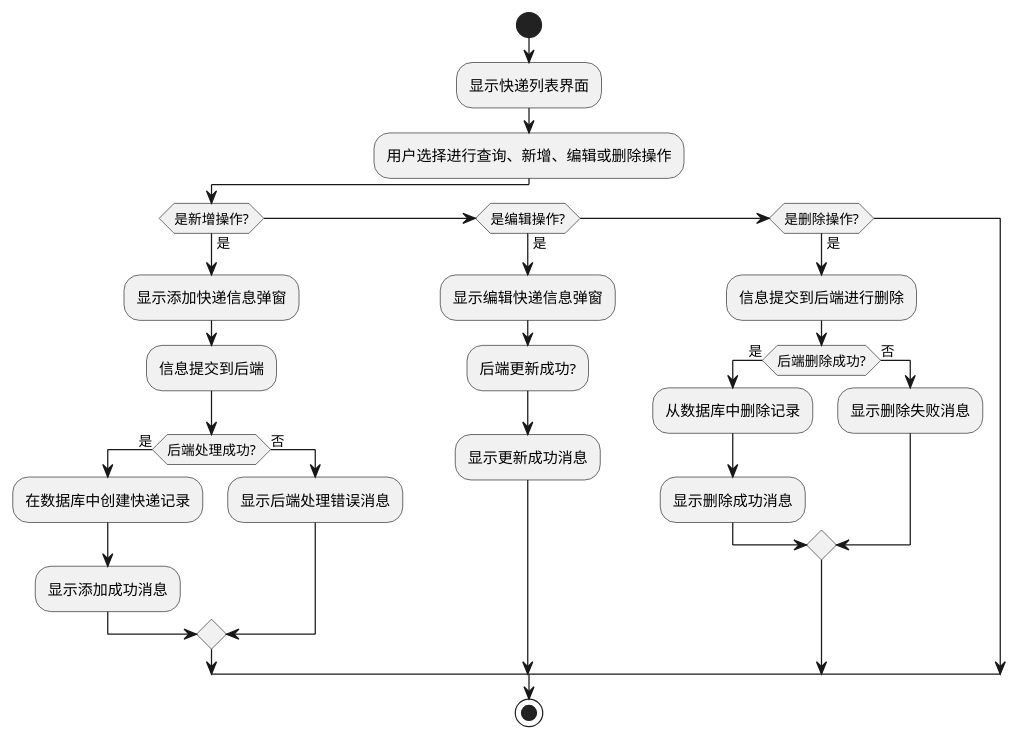
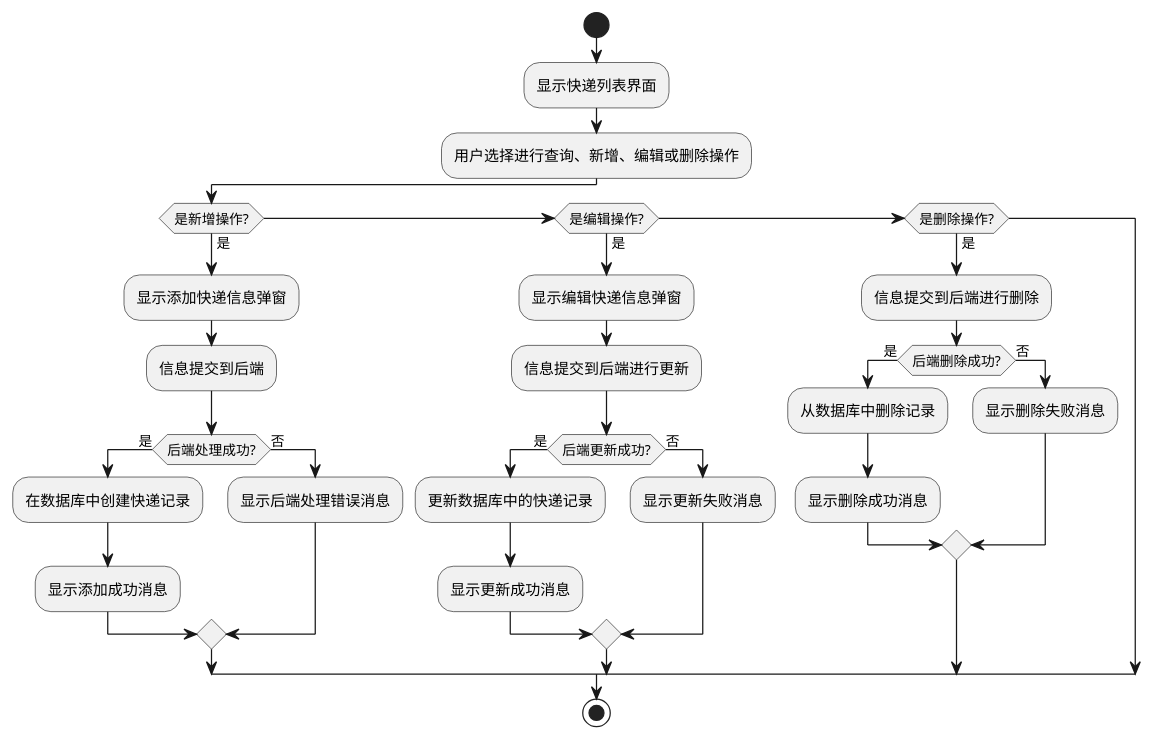
The diagram in 图/快递管理流程图.puml (liyijia220/kuaidi), drawn with PlantUML before and after one commit. The commit also changed 7 other files, not shown here.

```diff
--- a/图/快递管理流程图.puml
+++ b/图/快递管理流程图.puml
@@ -1,31 +1,35 @@
 @startuml
 start
 :显示快递列表界面;
-
 :用户选择进行查询、新增、编辑或删除操作;
 
 if (是新增操作?) then (是)
   :显示添加快递信息弹窗;
   :信息提交到后端;
   if (后端处理成功?) then (是)
     :在数据库中创建快递记录;
     :显示添加成功消息;
   else (否)
     :显示后端处理错误消息;
   endif
 else if (是编辑操作?) then (是)
   :显示编辑快递信息弹窗;
-  :后端更新成功?;
-  :显示更新成功消息;
+  :信息提交到后端进行更新;
+  if (后端更新成功?) then (是)
+    :更新数据库中的快递记录;
+    :显示更新成功消息;
+  else (否)
+    :显示更新失败消息;
+  endif
 else if (是删除操作?) then (是)
   :信息提交到后端进行删除;
   if (后端删除成功?) then (是)
     :从数据库中删除记录;
     :显示删除成功消息;
   else (否)
     :显示删除失败消息;
   endif
 endif
 
 stop
 @enduml
```
